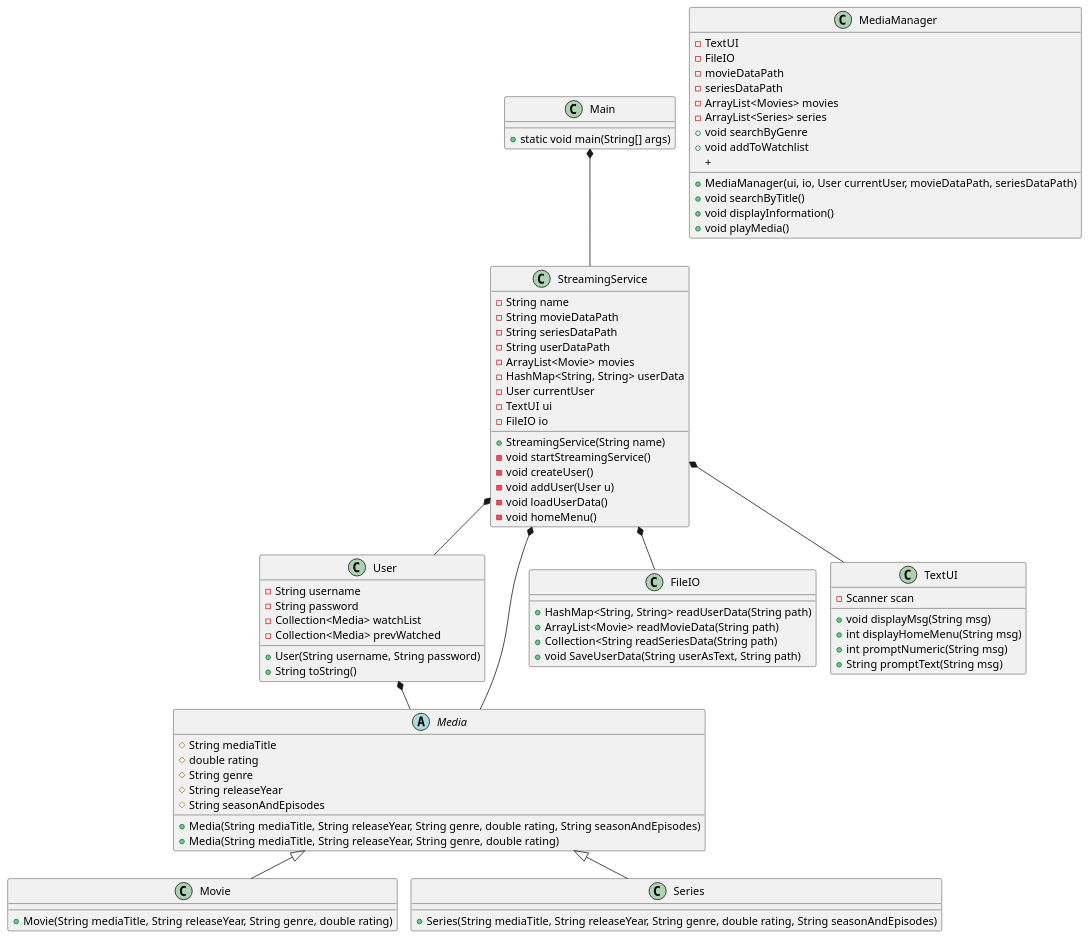
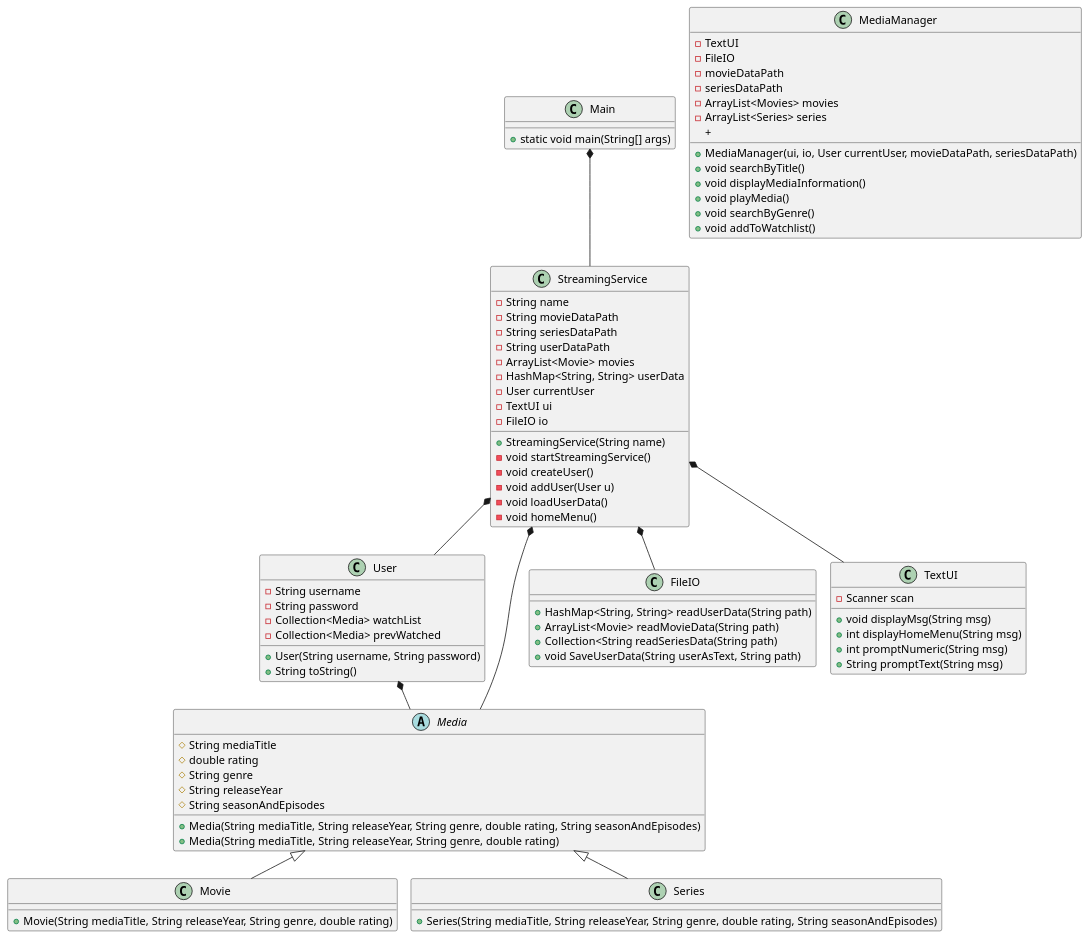
One commit to EmilDagsberg/SP3 changed the diagram in doc/classdiagram/classdiagram_v1.puml. Above: the diagram before and after it, drawn with PlantUML.

Commit message:
class diagram fixed

```diff
--- a/doc/classdiagram/classdiagram_v1.puml
+++ b/doc/classdiagram/classdiagram_v1.puml
@@ -1,101 +1,101 @@
 @startuml
 !pragma layout smetana
 
 class Main {
 + static void main(String[] args)
 }
 
 class StreamingService{
 - String name
 - String movieDataPath
 - String seriesDataPath
 - String userDataPath
 - ArrayList<Movie> movies
 - HashMap<String, String> userData
 - User currentUser
 - TextUI ui
 - FileIO io
 + StreamingService(String name)
 - void startStreamingService()
 - void createUser()
 - void addUser(User u)
 - void loadUserData()
 - void homeMenu()
 
 
 }
 
 class MediaManager {
 - TextUI
 - FileIO
 - movieDataPath
 - seriesDataPath
 - ArrayList<Movies> movies
 - ArrayList<Series> series
 + MediaManager(ui, io, User currentUser, movieDataPath, seriesDataPath)
 + void searchByTitle()
-+ void displayInformation()
++ void displayMediaInformation()
 + void playMedia()
-+ void searchByGenre
-+ void addToWatchlist
++ void searchByGenre()
++ void addToWatchlist()
 +
 
 }
 
 class User {
 - String username
 - String password
 - Collection<Media> watchList
 - Collection<Media> prevWatched
 + User(String username, String password)
 + String toString()
 
 }
 
 
 abstract class Media{
 # String mediaTitle
 # double rating
 # String genre
 # String releaseYear
 # String seasonAndEpisodes
 +Media(String mediaTitle, String releaseYear, String genre, double rating, String seasonAndEpisodes)
 +Media(String mediaTitle, String releaseYear, String genre, double rating)
 }
 
 class Movie{
 + Movie(String mediaTitle, String releaseYear, String genre, double rating)
 'metode der loader liste over film?
 
 }
 
 class Series{
 +Series(String mediaTitle, String releaseYear, String genre, double rating, String seasonAndEpisodes)
 'metode der loader liste over serier?
 }
 
 class FileIO {
 + HashMap<String, String> readUserData(String path)
 + ArrayList<Movie> readMovieData(String path)
 + Collection<String readSeriesData(String path)
 + void SaveUserData(String userAsText, String path)
 }
 
 class TextUI {
 - Scanner scan
 + void displayMsg(String msg)
 + int displayHomeMenu(String msg)
 + int promptNumeric(String msg)
 + String promptText(String msg)
 
 }
 
 Main *-- StreamingService
 StreamingService *-- User
 StreamingService *-- FileIO
 StreamingService *-- TextUI
 Media <|-- Movie
 Media <|-- Series
 StreamingService *-- Media
 User *-- Media
 @enduml
```
